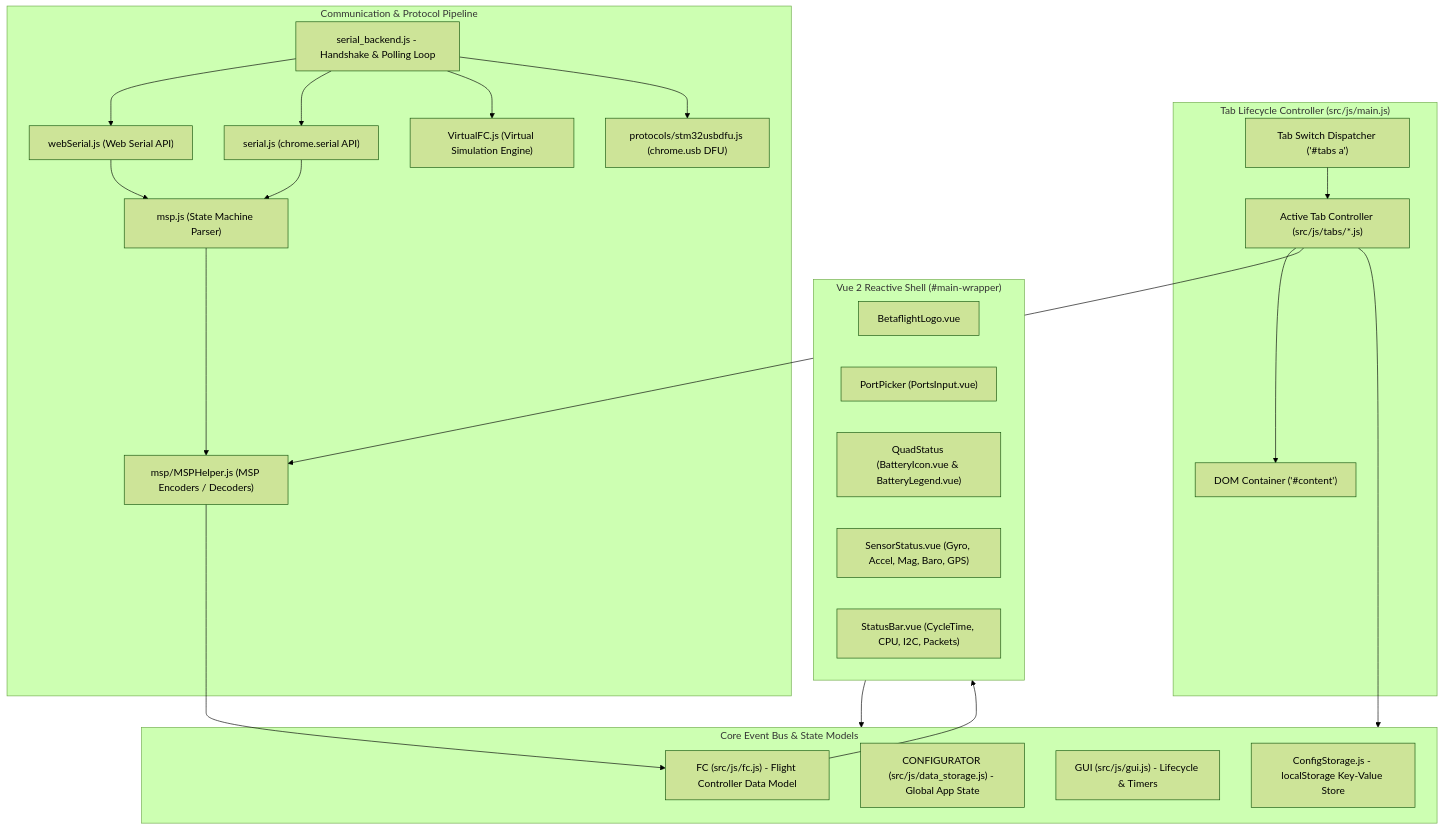
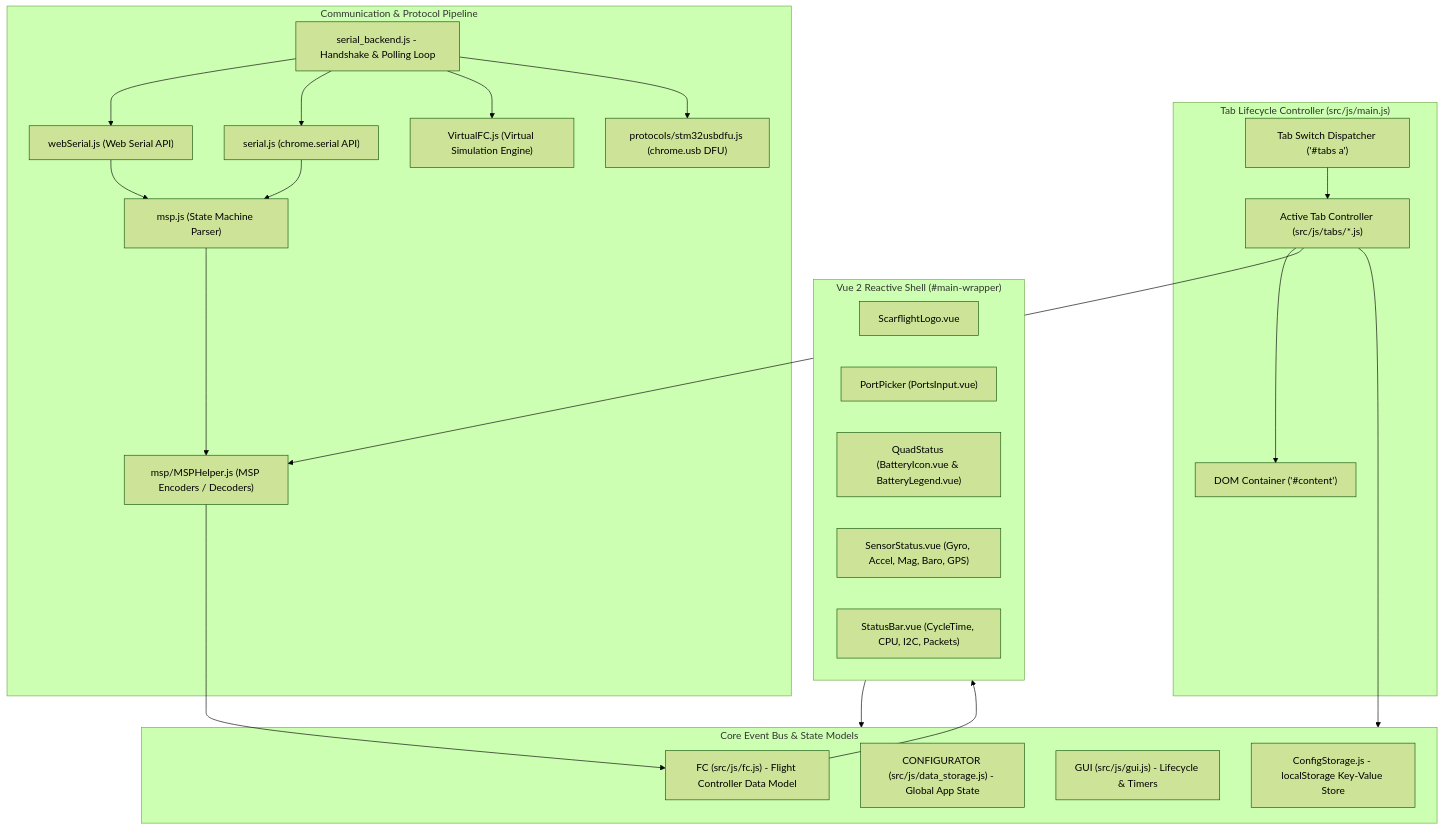
Before and after one commit to DevAbdelrhman/Scarflight: the diagram in docs/project-audit/02-architecture-and-dependencies.md, drawn with Mermaid (forest theme). The commit also changed other lines of this file and 138 other files, not shown here.

````diff
--- a/docs/project-audit/02-architecture-and-dependencies.md
+++ b/docs/project-audit/02-architecture-and-dependencies.md
@@ -11,50 +11,50 @@
 ```mermaid
 graph TD
     subgraph UI_Shell ["Vue 2 Reactive Shell (#main-wrapper)"]
-        Logo["BetaflightLogo.vue"]
+        Logo["ScarflightLogo.vue"]
         PortPicker["PortPicker (PortsInput.vue)"]
         QuadStatus["QuadStatus (BatteryIcon.vue & BatteryLegend.vue)"]
         SensorStatus["SensorStatus.vue (Gyro, Accel, Mag, Baro, GPS)"]
         StatusBar["StatusBar.vue (CycleTime, CPU, I2C, Packets)"]
     end
 
     subgraph Core_Bus ["Core Event Bus & State Models"]
         FCStore["FC (src/js/fc.js) - Flight Controller Data Model"]
         ConfigData["CONFIGURATOR (src/js/data_storage.js) - Global App State"]
         GUIControl["GUI (src/js/gui.js) - Lifecycle & Timers"]
         StorageEngine["ConfigStorage.js - localStorage Key-Value Store"]
     end
 
     subgraph Tab_Controller_Engine ["Tab Lifecycle Controller (src/js/main.js)"]
         TabRouter["Tab Switch Dispatcher ('#tabs a')"]
         ActiveTab["Active Tab Controller (src/js/tabs/*.js)"]
         DOMTarget["DOM Container ('#content')"]
     end
 
     subgraph Communication_Pipeline ["Communication & Protocol Pipeline"]
         Backend["serial_backend.js - Handshake & Polling Loop"]
         WebSerialDriver["webSerial.js (Web Serial API)"]
         NWSerialDriver["serial.js (chrome.serial API)"]
         SimulatedFC["VirtualFC.js (Virtual Simulation Engine)"]
         DFUDriver["protocols/stm32usbdfu.js (chrome.usb DFU)"]
         MSPEngine["msp.js (State Machine Parser)"]
         MSPHelper["msp/MSPHelper.js (MSP Encoders / Decoders)"]
     end
 
     UI_Shell --> Core_Bus
     TabRouter --> ActiveTab
     ActiveTab --> DOMTarget
     ActiveTab --> Core_Bus
     ActiveTab --> MSPHelper
 
     Backend --> WebSerialDriver
     Backend --> NWSerialDriver
     Backend --> SimulatedFC
     Backend --> DFUDriver
 
     WebSerialDriver --> MSPEngine
     NWSerialDriver --> MSPEngine
     MSPEngine --> MSPHelper
     MSPHelper --> FCStore
     FCStore --> UI_Shell
 ```
````
